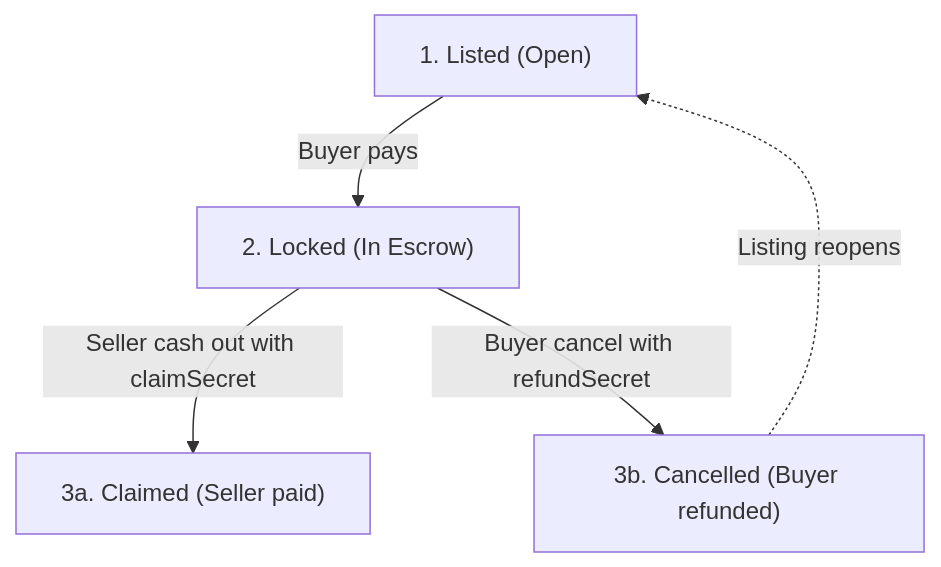
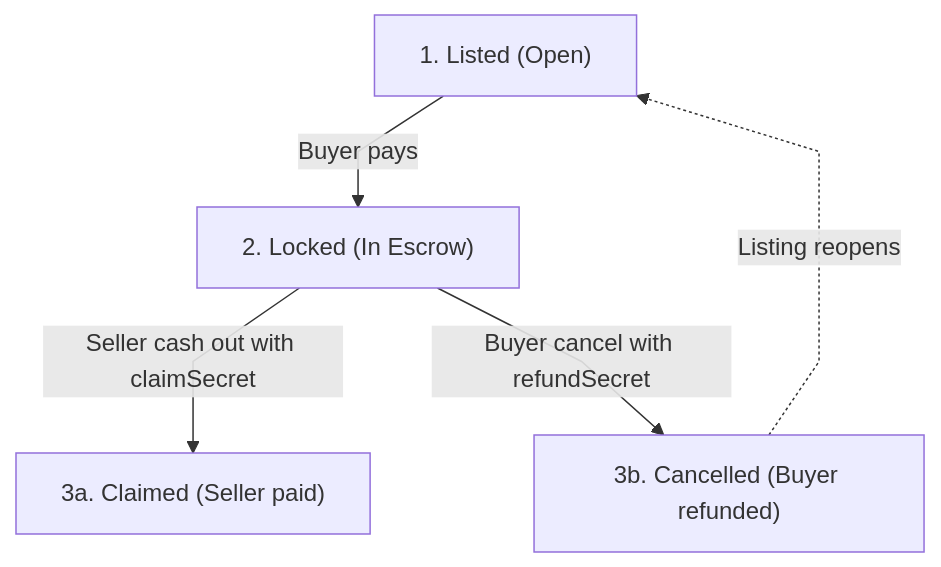
The second of 2 diagrams in docs/how-it-works.md (JaDi03/GhostDeal), drawn with Mermaid before and after one commit. The commit also changed 1 other file, not shown here.

Commit message:
style: enforce crisp linear curves on Mermaid diagrams

````diff
--- a/docs/how-it-works.md
+++ b/docs/how-it-works.md
@@ -104,7 +104,8 @@
 ```mermaid
+%%{init: {'flowchart': {'curve': 'linear'}} }%%
 flowchart TD
   L["1. Listed (Open)"] -->|Buyer pays| E["2. Locked (In Escrow)"]
   E -->|Seller cash out with claimSecret| C["3a. Claimed (Seller paid)"]
   E -->|Buyer cancel with refundSecret| X["3b. Cancelled (Buyer refunded)"]
   X -.->|Listing reopens| L
 ```
````
